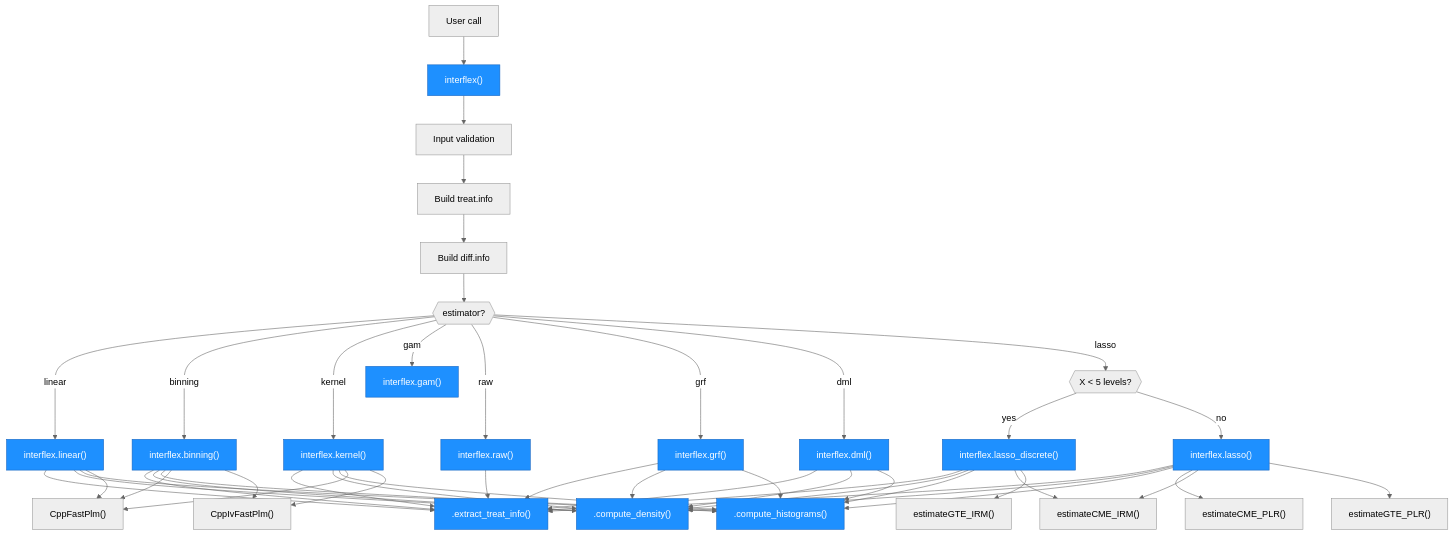
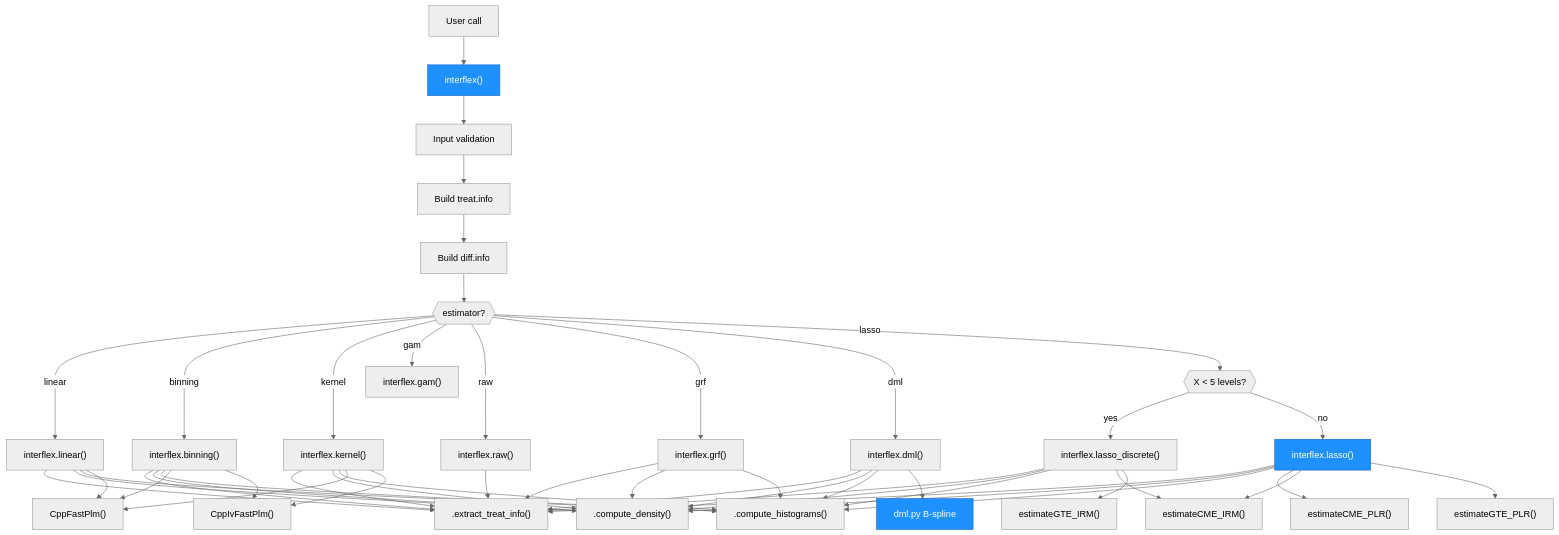
One commit to xuyiqing/interflex changed the second of 4 diagrams in architecture.md. Above: the diagram before and after it, drawn with Mermaid. The commit also changed other lines of this file and 10 other files, not shown here.

````diff
--- a/architecture.md
+++ b/architecture.md
@@ -147,71 +146,63 @@
 ```mermaid
 %%{init: {'theme': 'neutral'}}%%
 graph TD
     USR["User call"] --> IFX["interflex()"]
     IFX --> VAL["Input validation"]
     VAL --> TI["Build treat.info"]
     TI --> DI["Build diff.info"]
     DI --> ROUTE{{"estimator?"}}
 
     ROUTE -- linear --> LIN["interflex.linear()"]
     ROUTE -- binning --> BIN["interflex.binning()"]
     ROUTE -- kernel --> KER["interflex.kernel()"]
     ROUTE -- gam --> GAM["interflex.gam()"]
     ROUTE -- raw --> RAW["interflex.raw()"]
     ROUTE -- grf --> GRF["interflex.grf()"]
     ROUTE -- dml --> DML["interflex.dml()"]
     ROUTE -- lasso --> LSPLIT{{"X < 5 levels?"}}
     LSPLIT -- yes --> LSD["interflex.lasso_discrete()"]
     LSPLIT -- no --> LAS["interflex.lasso()"]
 
     LIN --> ETI[".extract_treat_info()"]
     BIN --> ETI
     KER --> ETI
     GRF --> ETI
     DML --> ETI
     LAS --> ETI
     LSD --> ETI
     RAW --> ETI
 
     LIN --> CD[".compute_density()"]
     BIN --> CD
     KER --> CD
     GRF --> CD
     DML --> CD
     LAS --> CD
     LSD --> CD
 
     LIN --> CH[".compute_histograms()"]
     BIN --> CH
     KER --> CH
     GRF --> CH
     DML --> CH
     LAS --> CH
     LSD --> CH
 
     LIN --> FPM["CppFastPlm()"]
     BIN --> FPM
     KER --> FPM
     BIN --> IVF["CppIvFastPlm()"]
     KER --> IVF
 
     LAS --> CME_P["estimateCME_PLR()"]
     LAS --> CME_I["estimateCME_IRM()"]
     LAS --> GTE_P["estimateGTE_PLR()"]
     LSD --> CME_I
     LSD --> GTE_I["estimateGTE_IRM()"]
 
+    DML --> DMLPY["dml.py B-spline"]
+
     style IFX fill:#1e90ff,stroke:#1565c0,color:#fff
-    style ETI fill:#1e90ff,stroke:#1565c0,color:#fff
-    style CD fill:#1e90ff,stroke:#1565c0,color:#fff
-    style CH fill:#1e90ff,stroke:#1565c0,color:#fff
-    style LIN fill:#1e90ff,stroke:#1565c0,color:#fff
-    style BIN fill:#1e90ff,stroke:#1565c0,color:#fff
-    style KER fill:#1e90ff,stroke:#1565c0,color:#fff
-    style GAM fill:#1e90ff,stroke:#1565c0,color:#fff
-    style RAW fill:#1e90ff,stroke:#1565c0,color:#fff
-    style GRF fill:#1e90ff,stroke:#1565c0,color:#fff
-    style DML fill:#1e90ff,stroke:#1565c0,color:#fff
     style LAS fill:#1e90ff,stroke:#1565c0,color:#fff
-    style LSD fill:#1e90ff,stroke:#1565c0,color:#fff
+    style DMLPY fill:#1e90ff,stroke:#1565c0,color:#fff
 ```
````
